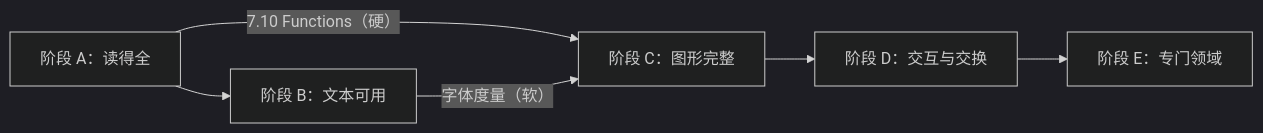
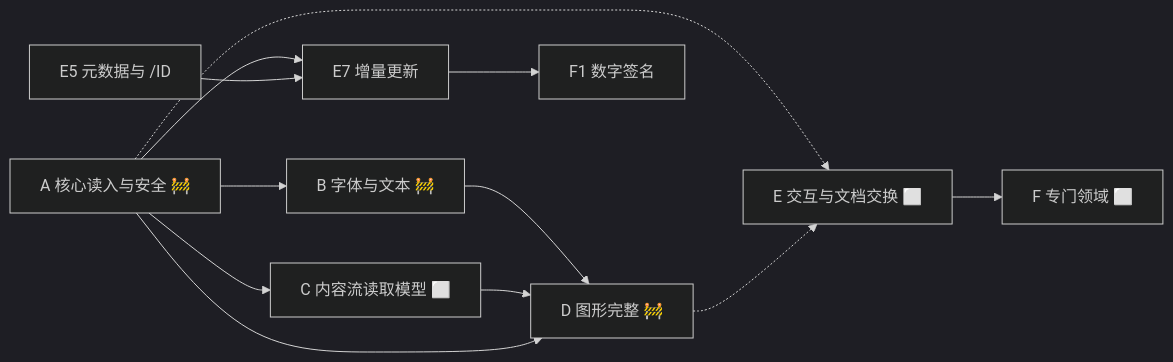
The diagram in docs/ROADMAP.md (yingquelou/pdf_engine), drawn with Mermaid (dark theme) before and after one commit. The commit also changed other lines of this file and 21 other files, not shown here.

````diff
--- a/docs/ROADMAP.md
+++ b/docs/ROADMAP.md
@@ -249,8 +360,14 @@
 ```mermaid
 flowchart LR
-    A["阶段 A：读得全"] --> B["阶段 B：文本可用"]
-    A -->|"7.10 Functions（硬）"| C["阶段 C：图形完整"]
-    B -->|"字体度量（软）"| C
-    C --> D["阶段 D：交互与交换"]
-    D --> E["阶段 E：专门领域"]
+    A["A 核心读入与安全 🚧"] --> B["B 字体与文本 🚧"]
+    A --> C["C 内容流读取模型 ⬜"]
+    B --> D["D 图形完整 🚧"]
+    C --> D
+    A --> D
+    A -.-> E["E 交互与文档交换 ⬜"]
+    D -.-> E
+    E --> F["F 专门领域 ⬜"]
+    A --> E7["E7 增量更新"]
+    E5["E5 元数据与 /ID"] --> E7
+    E7 --> F1["F1 数字签名"]
 ```
````
